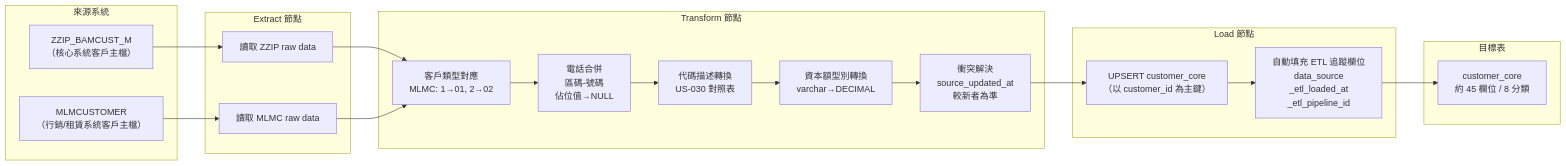
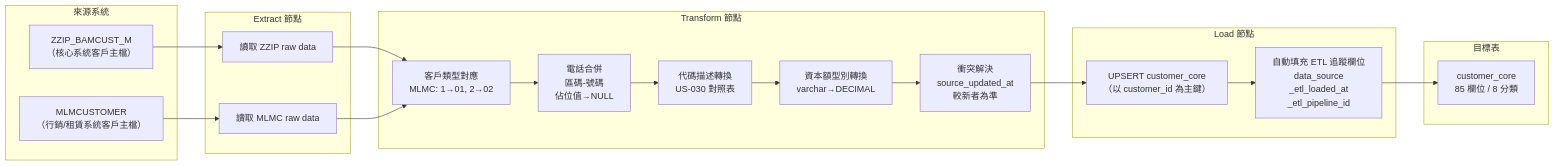
One commit to wisewhalesoft/cdmp-mvp changed the diagram in docs/specs/diagrams/target-table-etl-flow.md. Above: the diagram before and after it, drawn with Mermaid. The commit also changed 8 other files, not shown here.

First line of the commit message:
docs(spec): 修正全部 spec 文件對齊 85 欄位 customer_core schema

````diff
--- a/docs/specs/diagrams/target-table-etl-flow.md
+++ b/docs/specs/diagrams/target-table-etl-flow.md
@@ -5,41 +5,41 @@
 ```mermaid
 flowchart LR
     subgraph Sources["來源系統"]
         ZZIP["ZZIP_BAMCUST_M\n（核心系統客戶主檔）"]
         MLMC["MLMCUSTOMER\n（行銷/租賃系統客戶主檔）"]
     end
 
     subgraph Extract["Extract 節點"]
         E1["讀取 ZZIP raw data"]
         E2["讀取 MLMC raw data"]
     end
 
     subgraph Transform["Transform 節點"]
         T1["客戶類型對應\nMLMC: 1→01, 2→02"]
         T2["電話合併\n區碼-號碼\n佔位值→NULL"]
         T3["代碼描述轉換\nUS-030 對照表"]
         T4["資本額型別轉換\nvarchar→DECIMAL"]
         T5["衝突解決\nsource_updated_at\n較新者為準"]
     end
 
     subgraph Load["Load 節點"]
         L1["UPSERT customer_core\n（以 customer_id 為主鍵）"]
         L2["自動填充 ETL 追蹤欄位\ndata_source\n_etl_loaded_at\n_etl_pipeline_id"]
     end
 
     subgraph Target["目標表"]
-        CC["customer_core\n約 45 欄位 / 8 分類"]
+        CC["customer_core\n85 欄位 / 8 分類"]
     end
 
     ZZIP --> E1
     MLMC --> E2
     E1 --> T1
     E2 --> T1
     T1 --> T2
     T2 --> T3
     T3 --> T4
     T4 --> T5
     T5 --> L1
     L1 --> L2
     L2 --> CC
 ```
````
